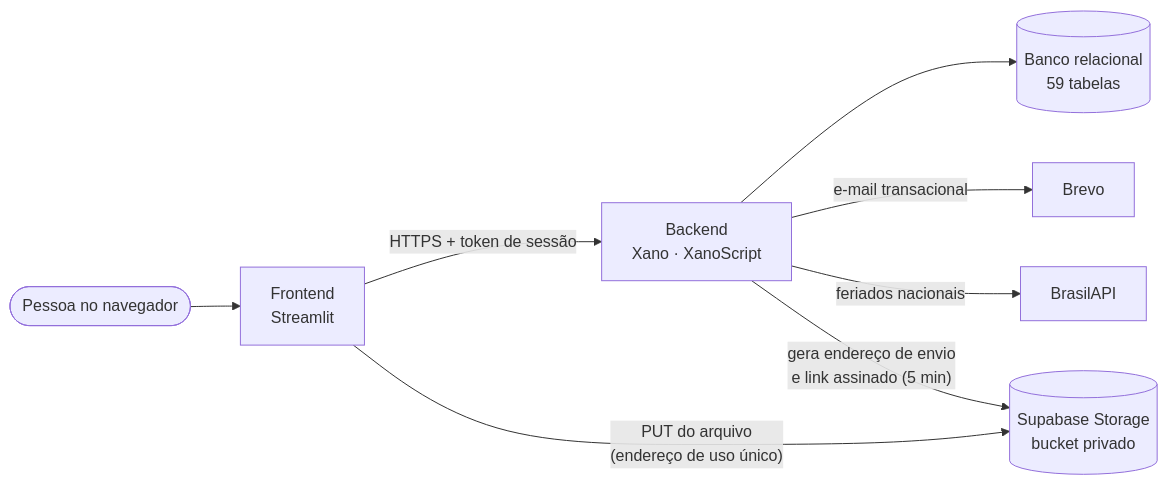
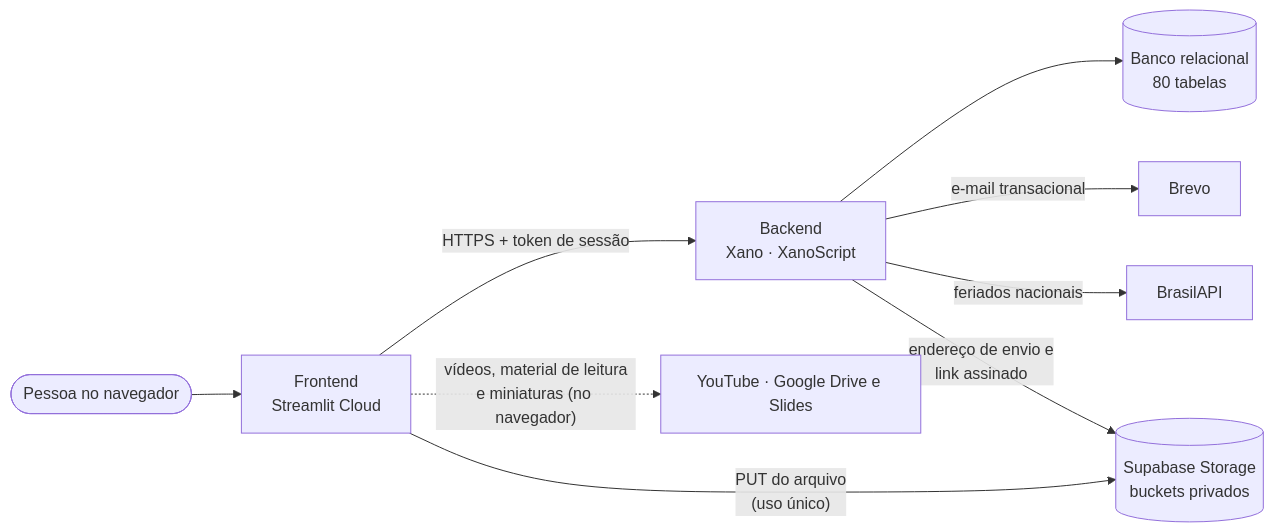
The diagram in README.md (leonardo-sferreira/conectahr), drawn with Mermaid before and after one commit. The commit also changed other lines of this file, not shown here.

````diff
--- a/README.md
+++ b/README.md
@@ -100,10 +135,11 @@
 ```mermaid
 flowchart LR
-    U([Pessoa no navegador]) --> FE[Frontend<br/>Streamlit]
+    U([Pessoa no navegador]) --> FE[Frontend<br/>Streamlit Cloud]
     FE -- "HTTPS + token de sessão" --> BE[Backend<br/>Xano · XanoScript]
-    BE --> DB[(Banco relacional<br/>59 tabelas)]
+    BE --> DB[(Banco relacional<br/>80 tabelas)]
     BE -- "e-mail transacional" --> BR[Brevo]
     BE -- "feriados nacionais" --> BA[BrasilAPI]
-    BE -- "gera endereço de envio<br/>e link assinado (5 min)" --> SB[(Supabase Storage<br/>bucket privado)]
-    FE -- "PUT do arquivo<br/>(endereço de uso único)" --> SB
+    BE -- "endereço de envio e<br/>link assinado" --> SB[(Supabase Storage<br/>buckets privados)]
+    FE -- "PUT do arquivo<br/>(uso único)" --> SB
+    FE -. "vídeos, material de leitura<br/>e miniaturas (no navegador)" .-> G[YouTube · Google Drive e Slides]
 ```
````
